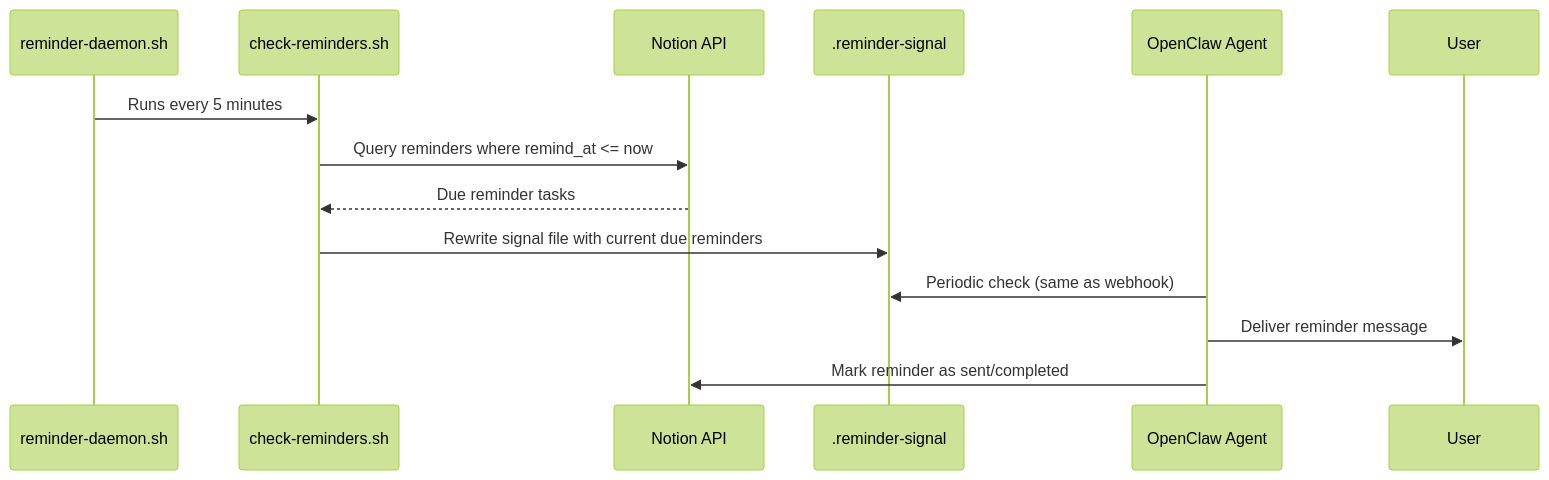
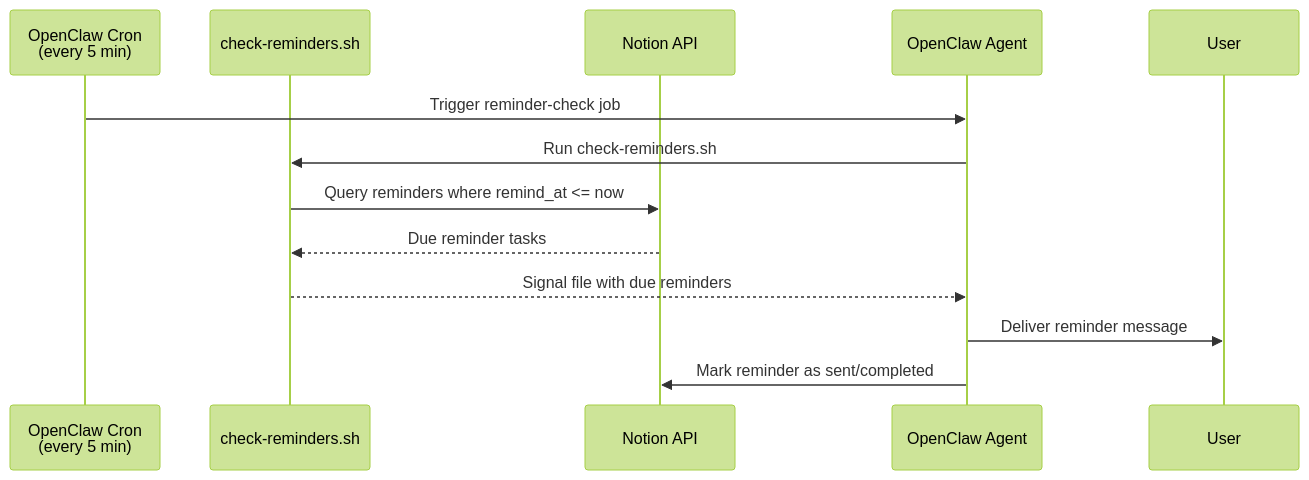
One commit to NickBorgersProbably/hide-my-list changed the fifth of 6 diagrams in docs/architecture.md. Above: the diagram before and after it, drawn with Mermaid (forest theme). The commit also changed other lines of this file and 20 other files, not shown here.

First line of the commit message:
restructure: Make repo deployable as OpenClaw workspace

````diff
--- a/docs/architecture.md
+++ b/docs/architecture.md
@@ -197,17 +198,16 @@
 ```mermaid
 sequenceDiagram
-    participant Daemon as reminder-daemon.sh
+    participant Cron as OpenClaw Cron<br/>(every 5 min)
     participant Script as check-reminders.sh
     participant Notion as Notion API
-    participant Signal as .reminder-signal
     participant Agent as OpenClaw Agent
     participant User
 
-    Daemon->>Script: Runs every 5 minutes
+    Cron->>Agent: Trigger reminder-check job
+    Agent->>Script: Run check-reminders.sh
     Script->>Notion: Query reminders where remind_at <= now
     Notion-->>Script: Due reminder tasks
-    Script->>Signal: Rewrite signal file with current due reminders
-    Agent->>Signal: Periodic check (same as webhook)
+    Script-->>Agent: Signal file with due reminders
     Agent->>User: Deliver reminder message
     Agent->>Notion: Mark reminder as sent/completed
 ```
````
